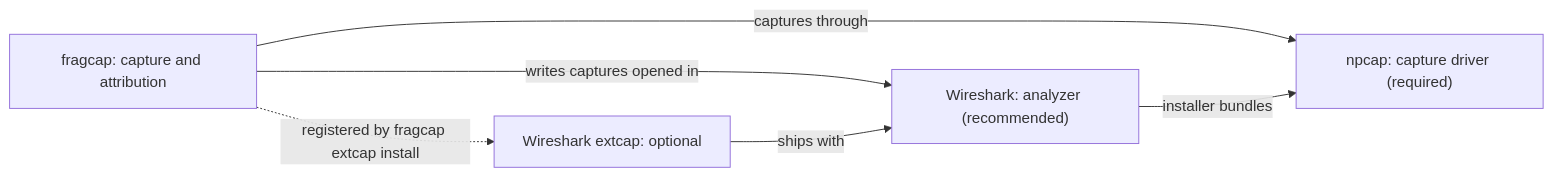
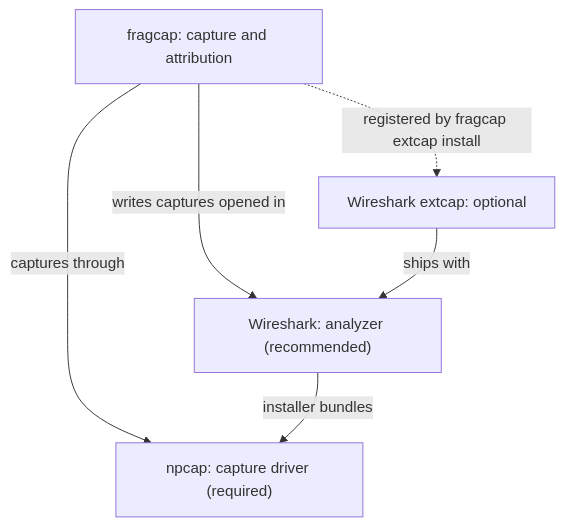
The first of 3 diagrams in site/content/docs/architecture.mdx (h8rt3rmin8r/fragcap), drawn with Mermaid before and after one commit. The commit also changed other lines of this file and 15 other files, not shown here.

First line of the commit message:
docs(045): site correctness (profile JSON, placeholders, Mermaid, footer) (#115, #116, #120, #112) (#122)

````diff
--- a/site/content/docs/architecture.mdx
+++ b/site/content/docs/architecture.mdx
@@ -17,12 +17,12 @@
 ```mermaid
-flowchart LR
+flowchart TD
   fragcap["fragcap: capture and attribution"]
   npcap["npcap: capture driver (required)"]
   ws["Wireshark: analyzer (recommended)"]
   extcap["Wireshark extcap: optional"]
   fragcap -->|captures through| npcap
   fragcap -->|writes captures opened in| ws
   ws -->|installer bundles| npcap
   extcap -->|ships with| ws
   fragcap -.->|registered by fragcap extcap install| extcap
 ```
````
